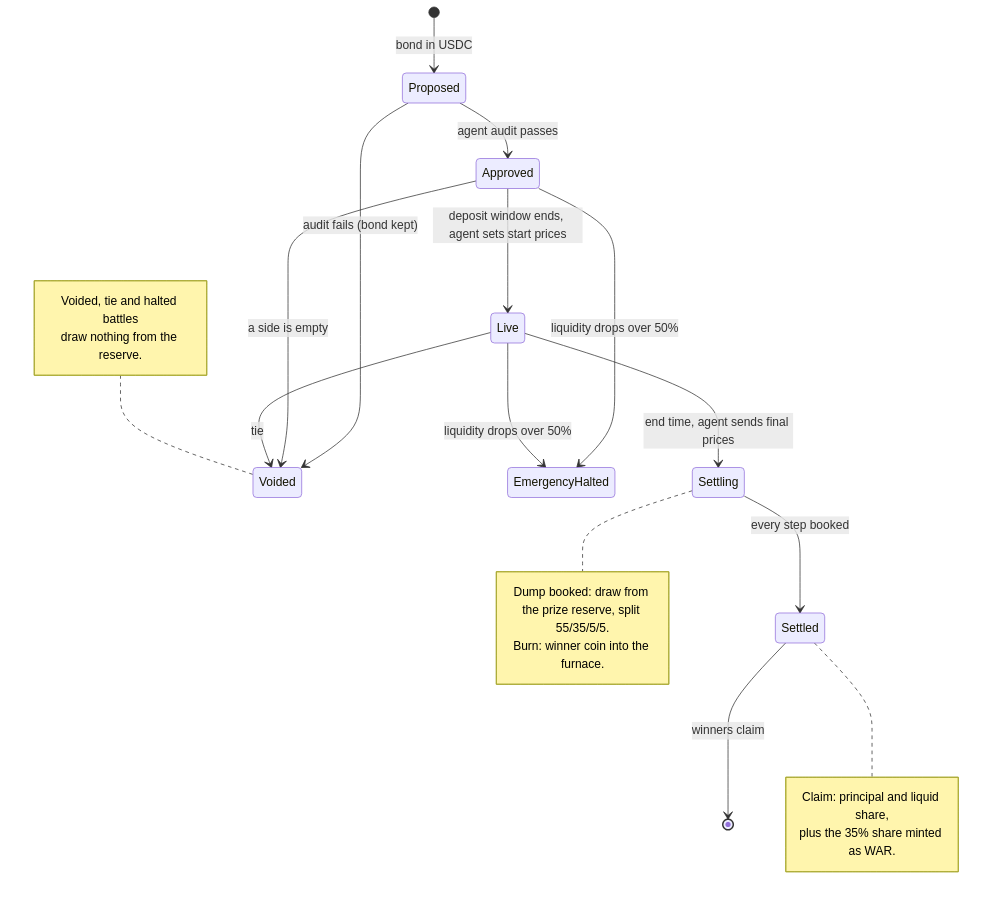
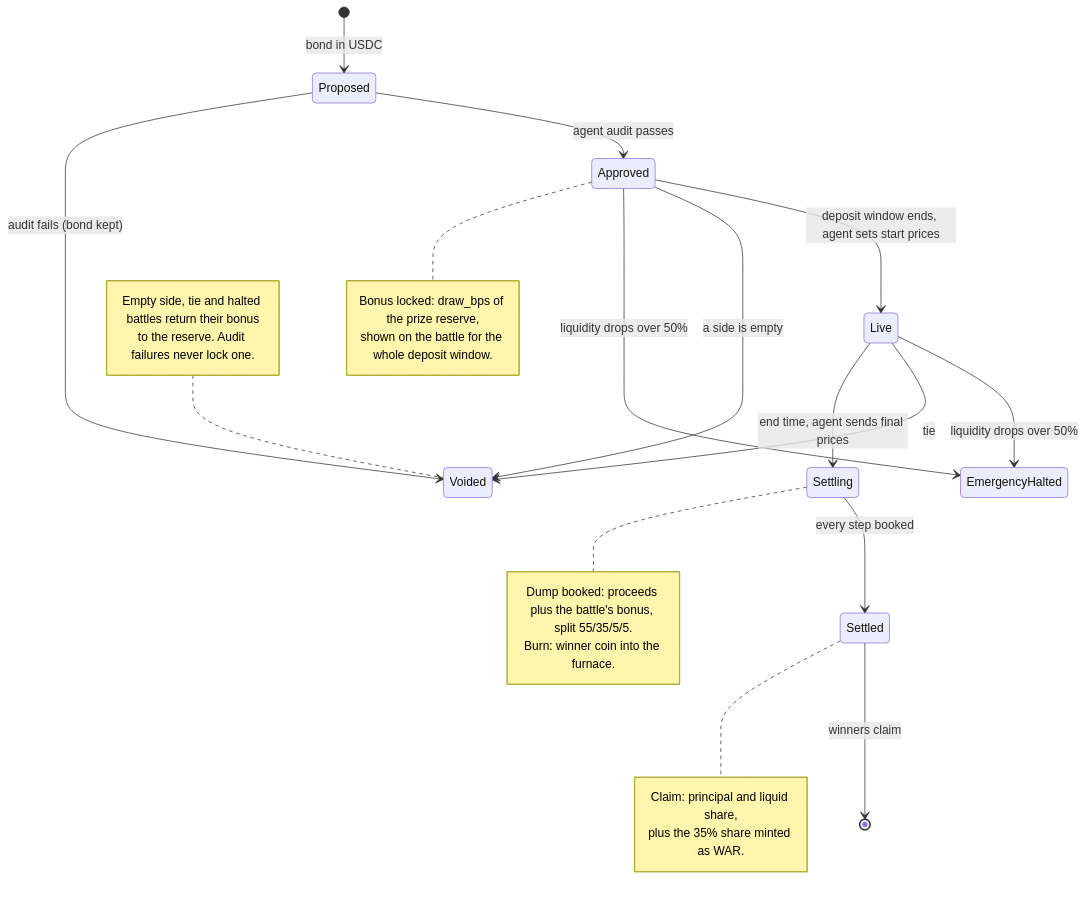
One commit to mferdinandr/valtrums changed the first of 4 diagrams in docs/flow.md. Above: the diagram before and after it, drawn with Mermaid. The commit also changed other lines of this file, not shown here.

Commit message:
docs: show the prize bonus locked at approval in the flow

````diff
--- a/docs/flow.md
+++ b/docs/flow.md
@@ -28,27 +28,31 @@
 ```mermaid
 stateDiagram-v2
     [*] --> Proposed: bond in USDC
     Proposed --> Approved: agent audit passes
     Proposed --> Voided: audit fails (bond kept)
     Approved --> Live: deposit window ends, agent sets start prices
     Approved --> Voided: a side is empty
     Approved --> EmergencyHalted: liquidity drops over 50%
     Live --> EmergencyHalted: liquidity drops over 50%
     Live --> Voided: tie
     Live --> Settling: end time, agent sends final prices
     Settling --> Settled: every step booked
     Settled --> [*]: winners claim
 
+    note right of Approved
+      Bonus locked: draw_bps of the prize reserve,
+      shown on the battle for the whole deposit window.
+    end note
     note right of Settling
-      Dump booked: draw from the prize reserve, split 55/35/5/5.
+      Dump booked: proceeds plus the battle's bonus, split 55/35/5/5.
       Burn: winner coin into the furnace.
     end note
     note right of Settled
       Claim: principal and liquid share,
       plus the 35% share minted as WAR.
     end note
     note left of Voided
-      Voided, tie and halted battles
-      draw nothing from the reserve.
+      Empty side, tie and halted battles return their bonus
+      to the reserve. Audit failures never lock one.
     end note
 ```
````
